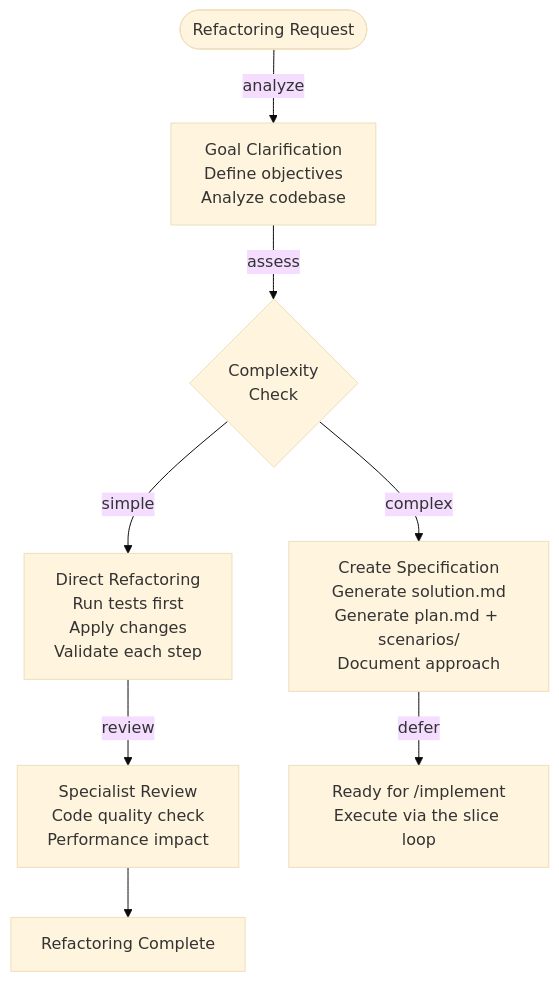
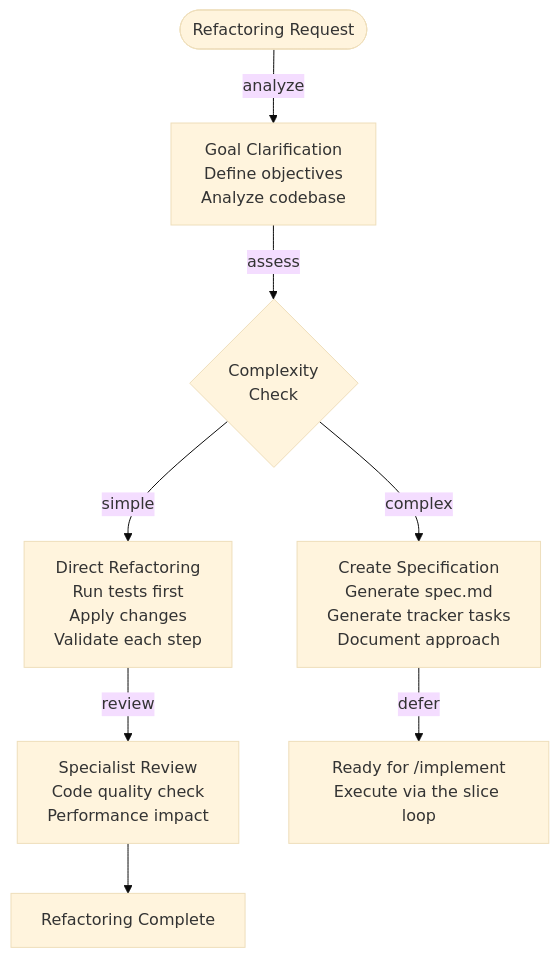
Before and after one commit to rsmdt/the-startup: the eighth of 10 diagrams in plugins/start/README.md, drawn with Mermaid (base theme). The commit also changed other lines of this file and 27 other files, not shown here.

First line of the commit message:
feat(start): one spec.md per spec, plan grouped into phases

````diff
--- a/plugins/start/README.md
+++ b/plugins/start/README.md
@@ -429,10 +431,10 @@
 ```mermaid
 flowchart TD
     A([Refactoring Request]) --> |analyze| B[Goal Clarification<br/>Define objectives<br/>Analyze codebase]
     B --> |assess| C{Complexity<br>Check}
     C --> |simple| D[Direct Refactoring<br/>Run tests first<br/>Apply changes<br/>Validate each step]
     D --> |review| E[Specialist Review<br/>Code quality check<br/>Performance impact]
     E --> DONE[Refactoring Complete]
-    C --> |complex| F[Create Specification<br/>Generate solution.md<br/>Generate plan.md + scenarios/<br/>Document approach]
+    C --> |complex| F[Create Specification<br/>Generate spec.md<br/>Generate tracker tasks<br/>Document approach]
     F --> |defer| G[Ready for /implement<br/>Execute via the slice loop]
 ```
````
